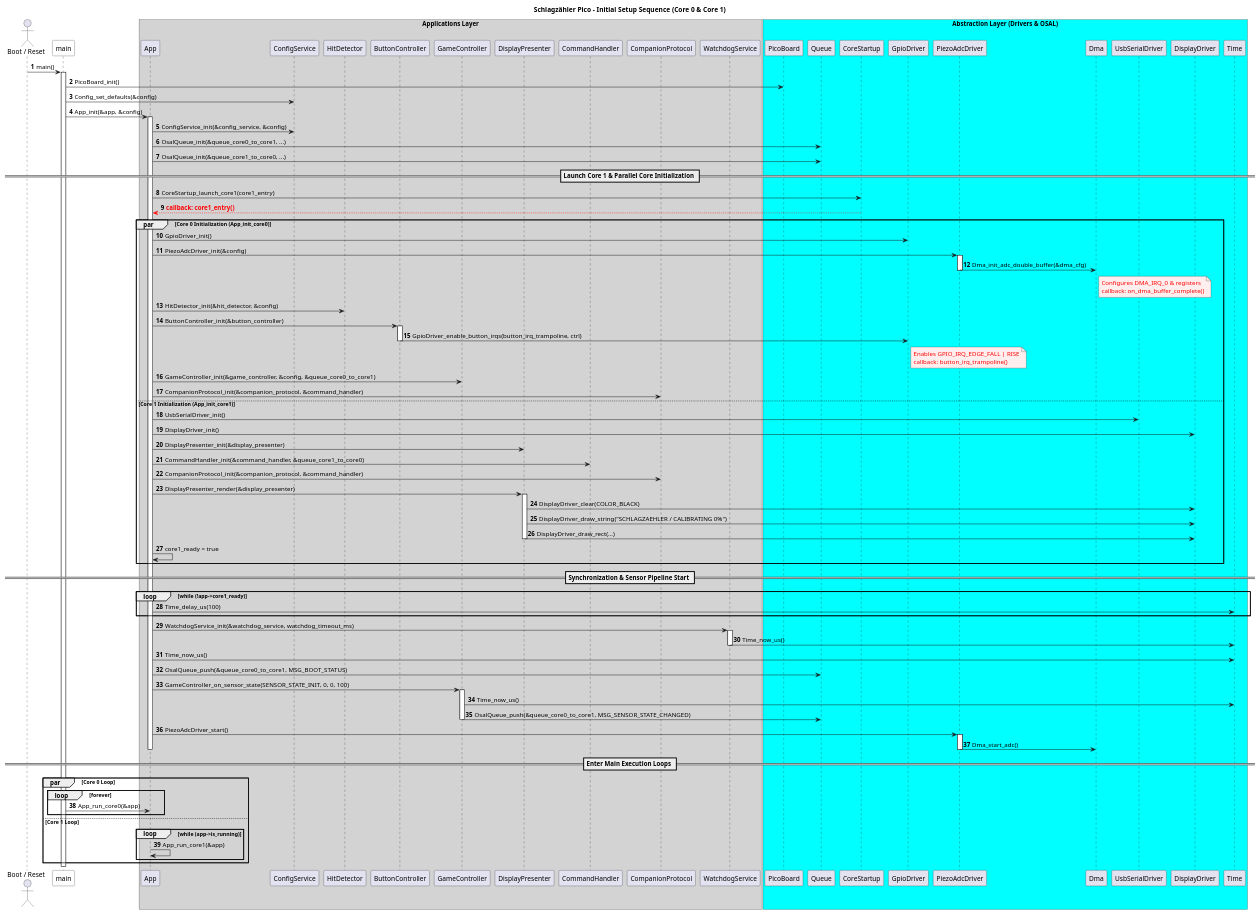
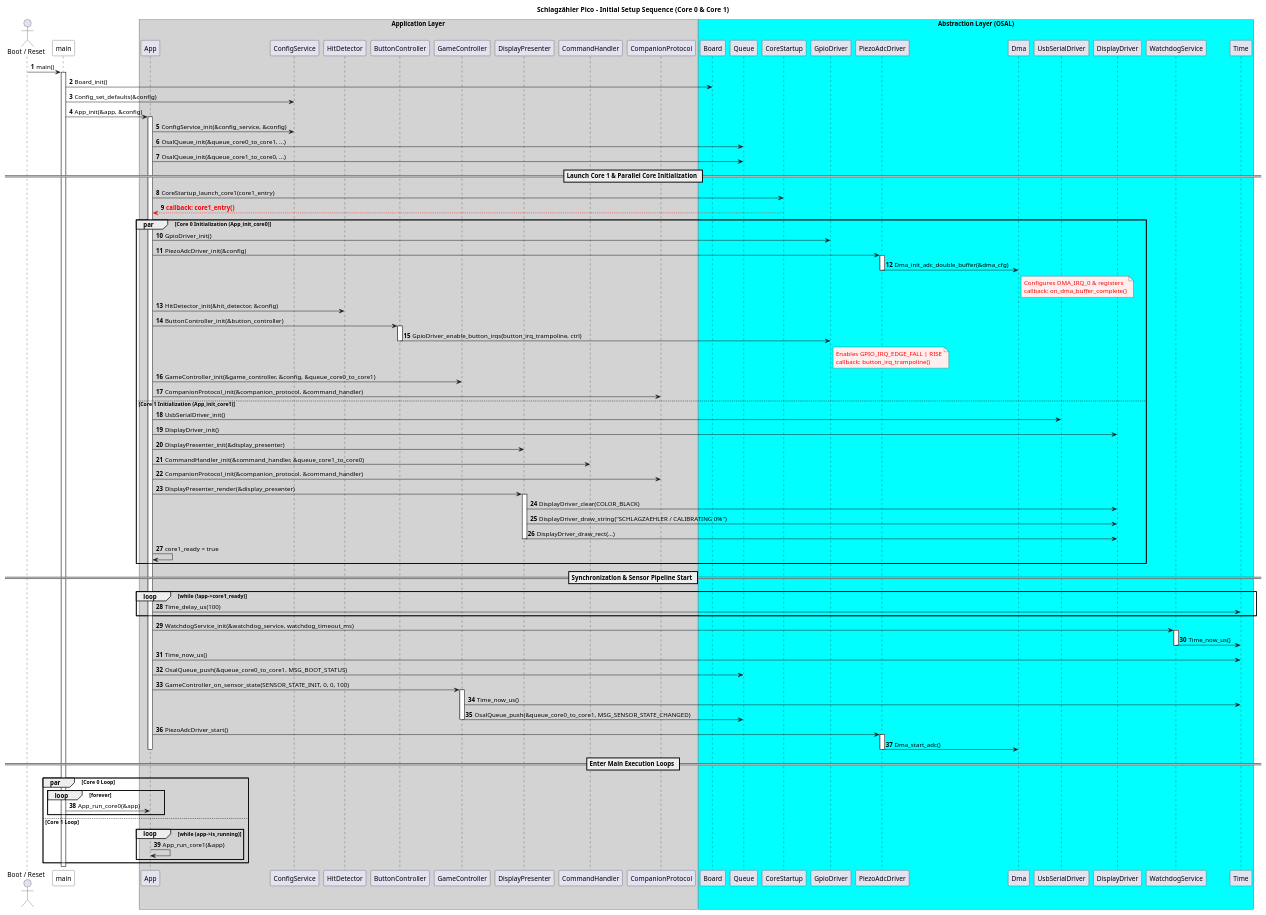
One commit to rafaelurben/raspberry-pi-pico-schlagzaehler changed the diagram in docs/diagrams/sequence_pico_setup.puml. Above: the diagram before and after it, drawn with PlantUML. The commit also changed 4 other files, not shown here.

Commit message:
chore(docs): Standardise class naming in diagrams

```diff
--- a/docs/diagrams/sequence_pico_setup.puml
+++ b/docs/diagrams/sequence_pico_setup.puml
@@ -1,133 +1,133 @@
 @startuml
 title Schlagzähler Pico – Initial Setup Sequence (Core 0 & Core 1)
 
 skinparam shadowing false
 skinparam responseMessageBelowArrow true
 skinparam sequenceMessageAlign left
 autonumber
 
 actor "Boot / Reset" as Boot
 participant "main" as Main #White
 
-box "Applications Layer" #LightGray
+box "Application Layer" #LightGray
     participant "App" as App
     participant "ConfigService" as ConfigService
     participant "HitDetector" as HitDetector
     participant "ButtonController" as ButtonController
     participant "GameController" as GameController
     participant "DisplayPresenter" as DisplayPresenter
     participant "CommandHandler" as CommandHandler
     participant "CompanionProtocol" as CompanionProtocol
-    participant "WatchdogService" as WatchdogService
 end box
 
-box "Abstraction Layer (Drivers & OSAL)" #Cyan
-    participant "PicoBoard" as PicoBoard
+box "Abstraction Layer (OSAL)" #Cyan
+    participant "Board" as Board
     participant "Queue" as Queue
     participant "CoreStartup" as CoreStartup
     participant "GpioDriver" as GpioDriver
     participant "PiezoAdcDriver" as PiezoAdcDriver
     participant "Dma" as Dma
     participant "UsbSerialDriver" as UsbSerialDriver
     participant "DisplayDriver" as DisplayDriver
+    participant "WatchdogService" as WatchdogService
     participant "Time" as Time
 end box
 
 Boot -> Main : main()
 activate Main
 
-Main -> PicoBoard : PicoBoard_init()
+Main -> Board : Board_init()
 Main -> ConfigService : Config_set_defaults(&config)
 Main -> App : App_init(&app, &config)
 activate App
 
 App -> ConfigService : ConfigService_init(&config_service, &config)
 App -> Queue : OsalQueue_init(&queue_core0_to_core1, ...)
 App -> Queue : OsalQueue_init(&queue_core1_to_core0, ...)
 
 == Launch Core 1 & Parallel Core Initialization ==
 
 App -> CoreStartup : CoreStartup_launch_core1(core1_entry)
 CoreStartup --[#Red]> App : <color:Red><b>callback: core1_entry()</b></color>
 
 par Core 0 Initialization (App_init_core0)
     App -> GpioDriver : GpioDriver_init()
     App -> PiezoAdcDriver : PiezoAdcDriver_init(&config)
     activate PiezoAdcDriver
     PiezoAdcDriver -> Dma : Dma_init_adc_double_buffer(&dma_cfg)
     note right of Dma #FFEEEE
         <color:Red>Configures DMA_IRQ_0 & registers</color>
         <color:Red>callback: on_dma_buffer_complete()</color>
     end note
     deactivate PiezoAdcDriver
 
     App -> HitDetector : HitDetector_init(&hit_detector, &config)
     App -> ButtonController : ButtonController_init(&button_controller)
     activate ButtonController
     ButtonController -> GpioDriver : GpioDriver_enable_button_irqs(button_irq_trampoline, ctrl)
     note right of GpioDriver #FFEEEE
         <color:Red>Enables GPIO_IRQ_EDGE_FALL | RISE</color>
         <color:Red>callback: button_irq_trampoline()</color>
     end note
     deactivate ButtonController
 
     App -> GameController : GameController_init(&game_controller, &config, &queue_core0_to_core1)
     App -> CompanionProtocol : CompanionProtocol_init(&companion_protocol, &command_handler)
 
 else Core 1 Initialization (App_init_core1)
     App -> UsbSerialDriver : UsbSerialDriver_init()
     App -> DisplayDriver : DisplayDriver_init()
     App -> DisplayPresenter : DisplayPresenter_init(&display_presenter)
     App -> CommandHandler : CommandHandler_init(&command_handler, &queue_core1_to_core0)
     App -> CompanionProtocol : CompanionProtocol_init(&companion_protocol, &command_handler)
 
     App -> DisplayPresenter : DisplayPresenter_render(&display_presenter)
     activate DisplayPresenter
     DisplayPresenter -> DisplayDriver : DisplayDriver_clear(COLOR_BLACK)
     DisplayPresenter -> DisplayDriver : DisplayDriver_draw_string("SCHLAGZAEHLER / CALIBRATING 0%")
     DisplayPresenter -> DisplayDriver : DisplayDriver_draw_rect(...)
     deactivate DisplayPresenter
 
     App -> App : core1_ready = true
 end
 
 == Synchronization & Sensor Pipeline Start ==
 
 loop while (!app->core1_ready)
     App -> Time : Time_delay_us(100)
 end
 
 App -> WatchdogService : WatchdogService_init(&watchdog_service, watchdog_timeout_ms)
 activate WatchdogService
 WatchdogService -> Time : Time_now_us()
 deactivate WatchdogService
 
 App -> Time : Time_now_us()
 App -> Queue : OsalQueue_push(&queue_core0_to_core1, MSG_BOOT_STATUS)
 
 App -> GameController : GameController_on_sensor_state(SENSOR_STATE_INIT, 0, 0, 100)
 activate GameController
 GameController -> Time : Time_now_us()
 GameController -> Queue : OsalQueue_push(&queue_core0_to_core1, MSG_SENSOR_STATE_CHANGED)
 deactivate GameController
 
 App -> PiezoAdcDriver : PiezoAdcDriver_start()
 activate PiezoAdcDriver
 PiezoAdcDriver -> Dma : Dma_start_adc()
 deactivate PiezoAdcDriver
 
 deactivate App
 
 == Enter Main Execution Loops ==
 
 par Core 0 Loop
     loop forever
         Main -> App : App_run_core0(&app)
     end
 else Core 1 Loop
     loop while (app->is_running)
         App -> App : App_run_core1(&app)
     end
 end
 
 @enduml
```
